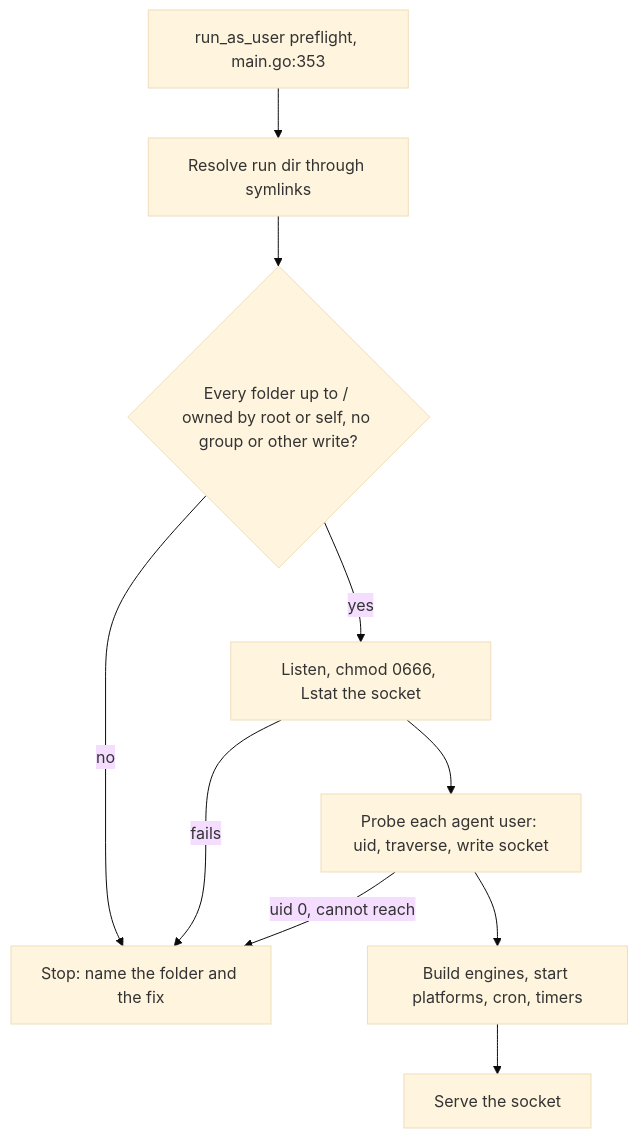
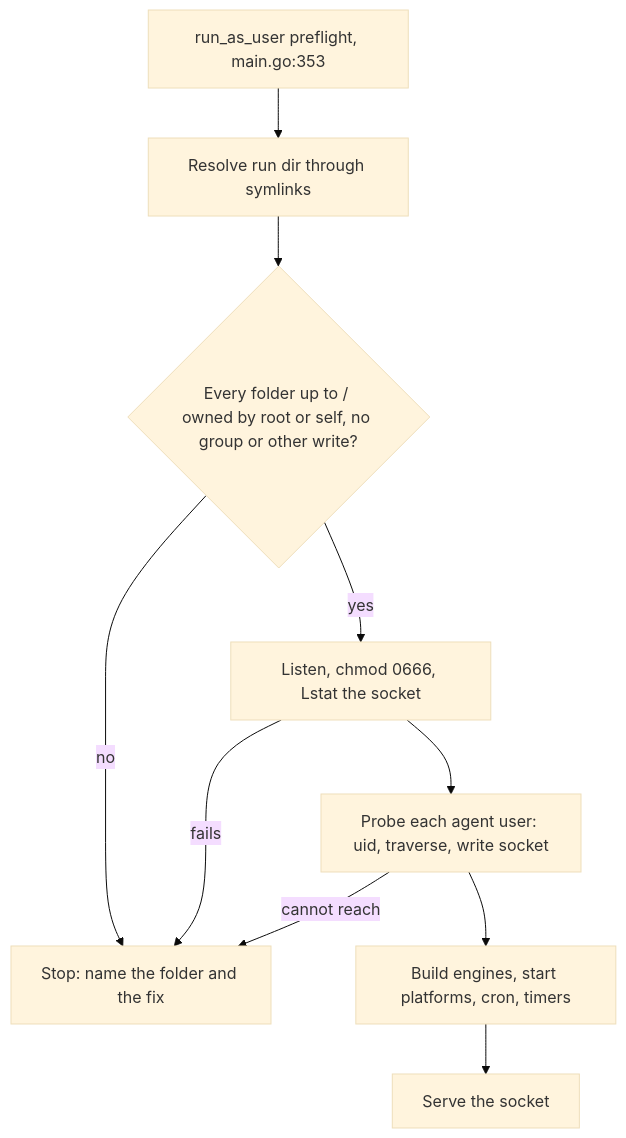
Before and after one commit to lovelysystems/cc-connect: the third of 3 diagrams in docs/plans/2026-11-24-1147-feat-runas-commands-and-socket-plan.md, drawn with Mermaid (base theme). The commit also changed other lines of this file and 1 other file, not shown here.

````diff
--- a/docs/plans/2026-11-24-1147-feat-runas-commands-and-socket-plan.md
+++ b/docs/plans/2026-11-24-1147-feat-runas-commands-and-socket-plan.md
@@ -184,12 +184,12 @@
 ```mermaid
 flowchart TB
   P[run_as_user preflight, main.go:353] --> Q[Resolve run dir through symlinks]
   Q --> R{Every folder up to / owned by root or self, no group or other write?}
   R -->|no| F1[Stop: name the folder and the fix]
   R -->|yes| S[Listen, chmod 0666, Lstat the socket]
   S -->|fails| F1
   S --> T[Probe each agent user: uid, traverse, write socket]
-  T -->|uid 0, cannot reach| F1
+  T -->|cannot reach| F1
   T --> U[Build engines, start platforms, cron, timers]
   U --> V[Serve the socket]
 ```
````
